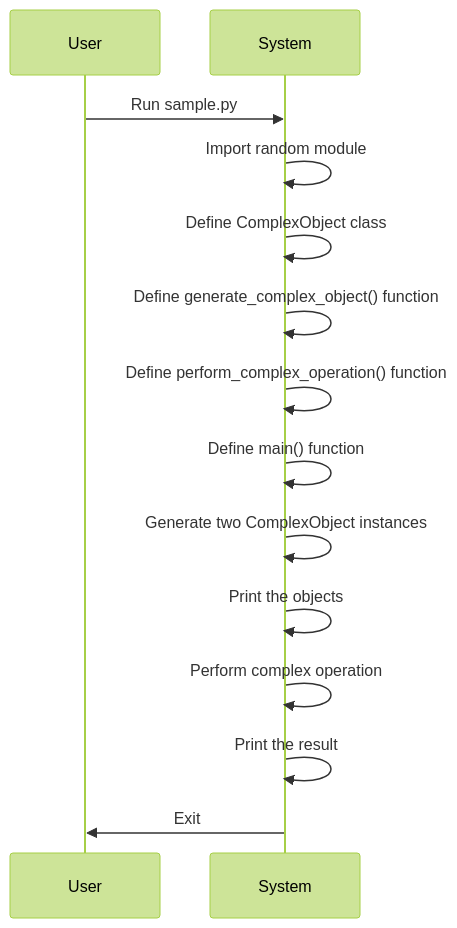
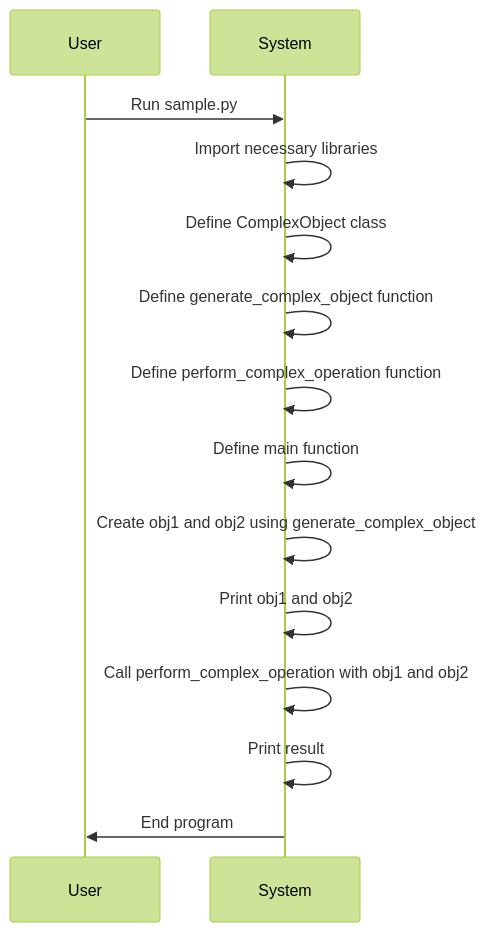
One commit to yingkitw/granite-code-prompt changed the first of 2 diagrams in wca/WCA_chat_python.md. Above: the diagram before and after it, drawn with Mermaid (forest theme). The commit also changed 20 other files, not shown here.

````diff
--- a/wca/WCA_chat_python.md
+++ b/wca/WCA_chat_python.md
@@ -536,16 +536,16 @@
 ```mermaid
 sequenceDiagram
     participant User
     participant System
     User->>System: Run sample.py
-    System->>System: Import random module
+    System->>System: Import necessary libraries
     System->>System: Define ComplexObject class
-    System->>System: Define generate_complex_object() function
-    System->>System: Define perform_complex_operation() function
-    System->>System: Define main() function
-    System->>System: Generate two ComplexObject instances
-    System->>System: Print the objects
-    System->>System: Perform complex operation
-    System->>System: Print the result
-    System->>User: Exit
+    System->>System: Define generate_complex_object function
+    System->>System: Define perform_complex_operation function
+    System->>System: Define main function
+    System->>System: Create obj1 and obj2 using generate_complex_object
+    System->>System: Print obj1 and obj2
+    System->>System: Call perform_complex_operation with obj1 and obj2
+    System->>System: Print result
+    System->>User: End program
 ```
````
